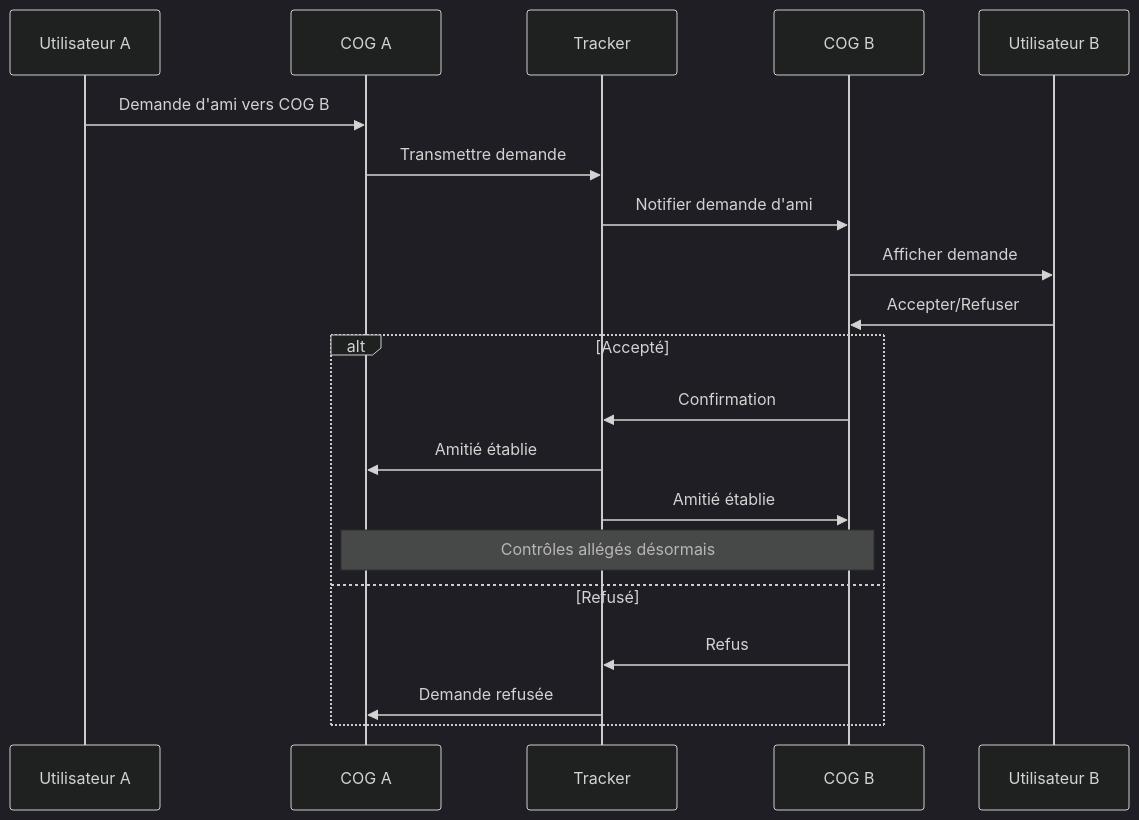
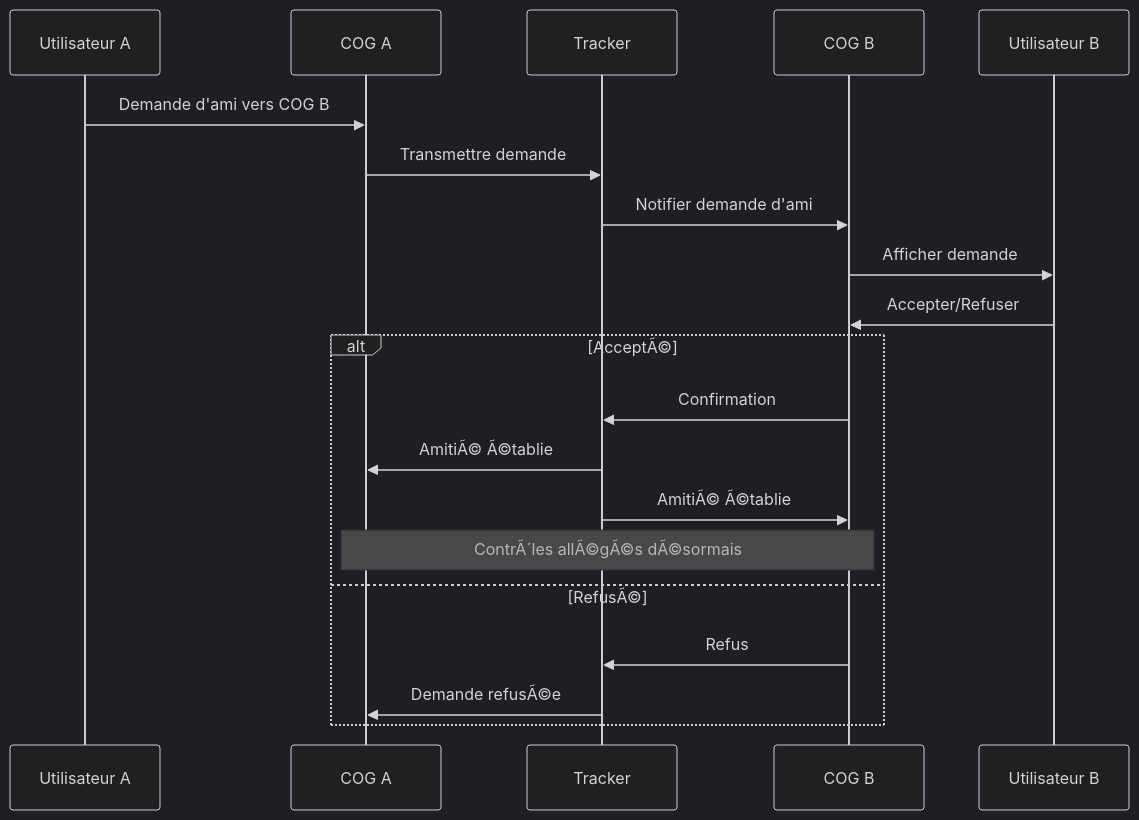
One commit to StudioMiyukini/miyukini_cog changed the fifth of 5 diagrams in docs/miyukini-webway-system/lobbys/MWS - Lobbys Favoris et Amis.md. Above: the diagram before and after it, drawn with Mermaid (dark theme). The commit also changed other lines of this file and 1287 other files, not shown here.

````diff
--- a/docs/miyukini-webway-system/lobbys/MWS - Lobbys Favoris et Amis.md
+++ b/docs/miyukini-webway-system/lobbys/MWS - Lobbys Favoris et Amis.md
@@ -285,23 +285,23 @@
 ```mermaid
 sequenceDiagram
     participant UserA as Utilisateur A
     participant COGA as COG A
     participant T as Tracker
     participant COGB as COG B
     participant UserB as Utilisateur B
 
     UserA->>COGA: Demande d'ami vers COG B
     COGA->>T: Transmettre demande
     T->>COGB: Notifier demande d'ami
     COGB->>UserB: Afficher demande
     UserB->>COGB: Accepter/Refuser
-    alt Accepté
+    alt AcceptÃ©
         COGB->>T: Confirmation
-        T->>COGA: Amitié établie
-        T->>COGB: Amitié établie
-        Note over COGA,COGB: Contrôles allégés désormais
-    else Refusé
+        T->>COGA: AmitiÃ© Ã©tablie
+        T->>COGB: AmitiÃ© Ã©tablie
+        Note over COGA,COGB: ContrÃ´les allÃ©gÃ©s dÃ©sormais
+    else RefusÃ©
         COGB->>T: Refus
-        T->>COGA: Demande refusée
+        T->>COGA: Demande refusÃ©e
     end
 ```
````
